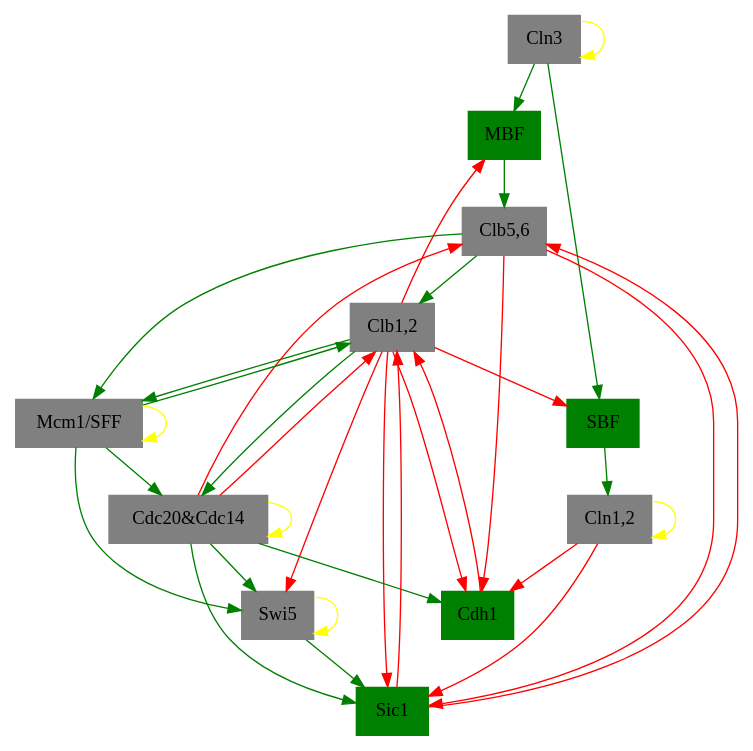
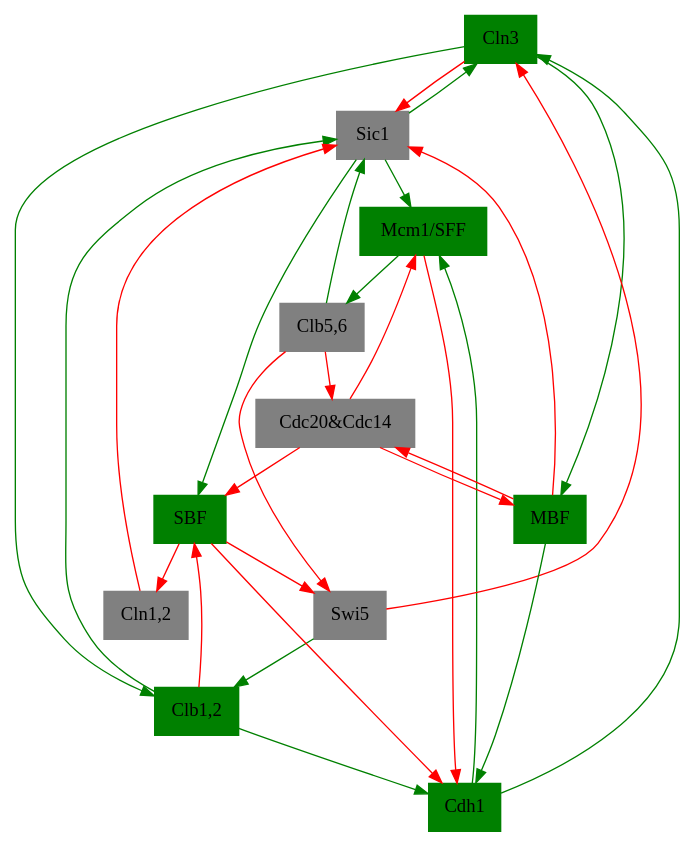
The diagram in 2.gv (ellaqezi/cellCycle), drawn with Graphviz before and after one commit. The commit also changed 7 other files, not shown here.

```diff
--- a/2.gv
+++ b/2.gv
@@ -1,70 +1,59 @@
-digraph 01101000100  {
-"Cln3" [shape=box, color=gray, style=filled];
-	edge [color=yellow]; 
-	"Cln3" -> "Cln3";
+digraph 11101000011  {
+"Cln3" [shape=box, color=green, style=filled];
+	edge [color=green]; 
+	"Cdh1" -> "Cln3";
+	"Sic1" -> "Cln3";
+	edge [color=red]; 
+	"Swi5" -> "Cln3";
 "MBF" [shape=box, color=green, style=filled];
 	edge [color=green]; 
 	"Cln3" -> "MBF";
 	edge [color=red]; 
-	"Clb1,2" -> "MBF";
+	"Cdc20&Cdc14" -> "MBF";
 "SBF" [shape=box, color=green, style=filled];
 	edge [color=green]; 
-	"Cln3" -> "SBF";
+	"Sic1" -> "SBF";
 	edge [color=red]; 
+	"Cdc20&Cdc14" -> "SBF";
 	"Clb1,2" -> "SBF";
 "Cln1,2" [shape=box, color=gray, style=filled];
-	edge [color=yellow]; 
-	"Cln1,2" -> "Cln1,2";
-	edge [color=green]; 
+	edge [color=red]; 
 	"SBF" -> "Cln1,2";
 "Cdh1" [shape=box, color=green, style=filled];
 	edge [color=green]; 
-	"Cdc20&Cdc14" -> "Cdh1";
+	"Clb1,2" -> "Cdh1";
+	"MBF" -> "Cdh1";
 	edge [color=red]; 
-	"Clb1,2" -> "Cdh1";
-	"Clb5,6" -> "Cdh1";
-	"Cln1,2" -> "Cdh1";
+	"Mcm1/SFF" -> "Cdh1";
+	"SBF" -> "Cdh1";
 "Swi5" [shape=box, color=gray, style=filled];
-	edge [color=yellow]; 
-	"Swi5" -> "Swi5";
-	edge [color=green]; 
-	"Cdc20&Cdc14" -> "Swi5";
-	"Mcm1/SFF" -> "Swi5";
 	edge [color=red]; 
-	"Clb1,2" -> "Swi5";
+	"Clb5,6" -> "Swi5";
+	"SBF" -> "Swi5";
 "Cdc20&Cdc14" [shape=box, color=gray, style=filled];
-	edge [color=yellow]; 
-	"Cdc20&Cdc14" -> "Cdc20&Cdc14";
-	edge [color=green]; 
-	"Clb1,2" -> "Cdc20&Cdc14";
-	"Mcm1/SFF" -> "Cdc20&Cdc14";
+	edge [color=red]; 
+	"Clb5,6" -> "Cdc20&Cdc14";
+	"MBF" -> "Cdc20&Cdc14";
 "Clb5,6" [shape=box, color=gray, style=filled];
 	edge [color=green]; 
-	"MBF" -> "Clb5,6";
-	edge [color=red]; 
-	"Cdc20&Cdc14" -> "Clb5,6";
-	"Sic1" -> "Clb5,6";
-"Sic1" [shape=box, color=green, style=filled];
+	"Mcm1/SFF" -> "Clb5,6";
+"Sic1" [shape=box, color=gray, style=filled];
 	edge [color=green]; 
-	"Cdc20&Cdc14" -> "Sic1";
-	"Swi5" -> "Sic1";
-	edge [color=red]; 
 	"Clb1,2" -> "Sic1";
 	"Clb5,6" -> "Sic1";
+	edge [color=red]; 
 	"Cln1,2" -> "Sic1";
-"Clb1,2" [shape=box, color=gray, style=filled];
+	"Cln3" -> "Sic1";
+	"MBF" -> "Sic1";
+"Clb1,2" [shape=box, color=green, style=filled];
 	edge [color=green]; 
-	"Clb5,6" -> "Clb1,2";
-	"Mcm1/SFF" -> "Clb1,2";
+	"Cln3" -> "Clb1,2";
+	"Swi5" -> "Clb1,2";
+"Mcm1/SFF" [shape=box, color=green, style=filled];
+	edge [color=green]; 
+	"Cdh1" -> "Mcm1/SFF";
+	"Sic1" -> "Mcm1/SFF";
 	edge [color=red]; 
-	"Cdc20&Cdc14" -> "Clb1,2";
-	"Cdh1" -> "Clb1,2";
-	"Sic1" -> "Clb1,2";
-"Mcm1/SFF" [shape=box, color=gray, style=filled];
-	edge [color=yellow]; 
-	"Mcm1/SFF" -> "Mcm1/SFF";
-	edge [color=green]; 
-	"Clb1,2" -> "Mcm1/SFF";
-	"Clb5,6" -> "Mcm1/SFF";
+	"Cdc20&Cdc14" -> "Mcm1/SFF";
 
 }
```
